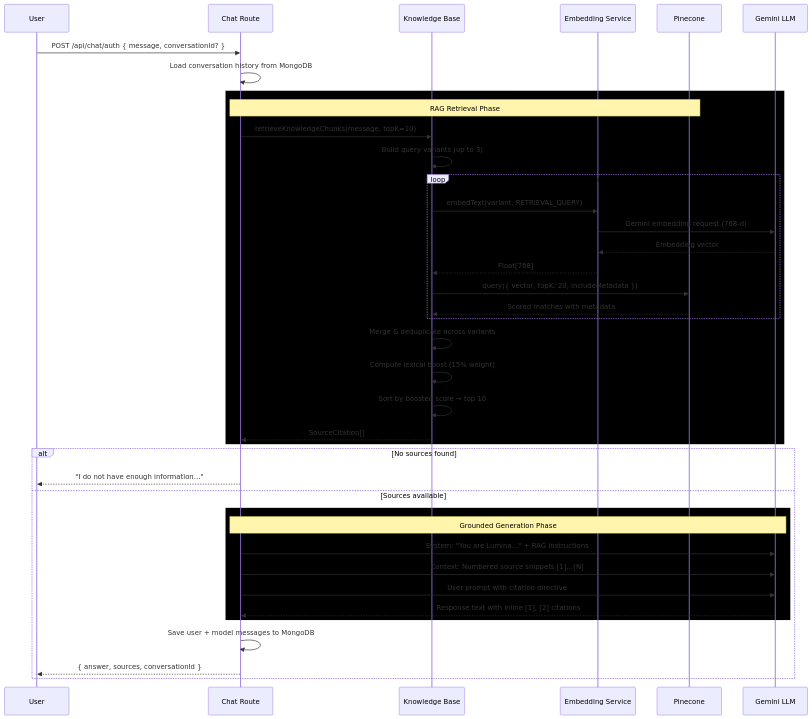
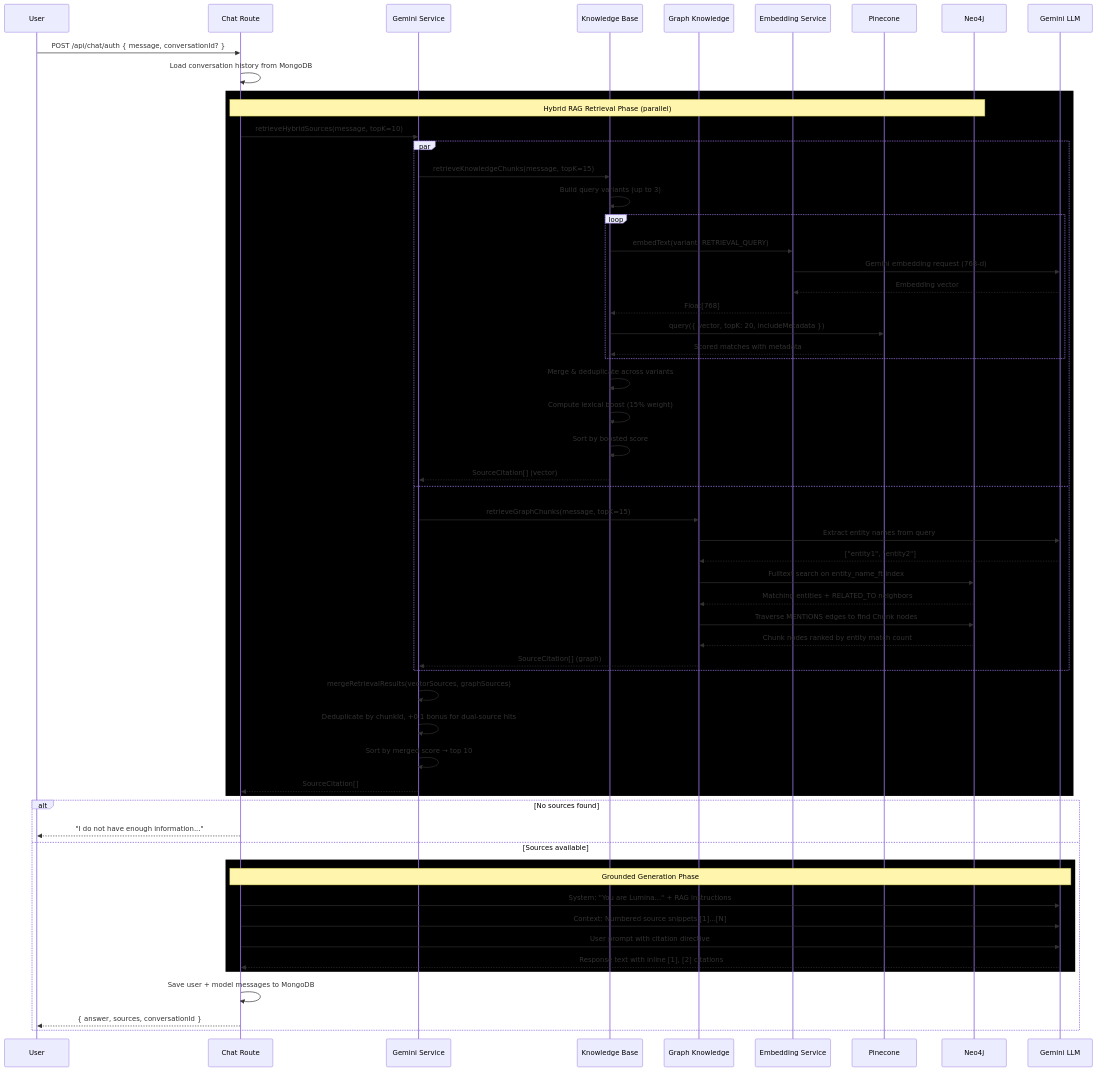
One commit to hoangsonww/AI-RAG-Assistant-Chatbot changed the second of 11 diagrams in RAG.md. Above: the diagram before and after it, drawn with Mermaid. The commit also changed other lines of this file and 32 other files, not shown here.

First line of the commit message:
feat(rag): add hybrid Pinecone+Neo4j retrieval, graph ingestion, and CLI graph management

````diff
--- a/RAG.md
+++ b/RAG.md
@@ -61,44 +75,65 @@
 ```mermaid
 sequenceDiagram
   participant U as User
   participant C as Chat Route
+  participant G as Gemini Service
   participant K as Knowledge Base
+  participant Gr as Graph Knowledge
   participant E as Embedding Service
   participant P as Pinecone
-  participant G as Gemini LLM
+  participant N as Neo4j
+  participant LLM as Gemini LLM
 
   U->>C: POST /api/chat/auth { message, conversationId? }
   C->>C: Load conversation history from MongoDB
 
   rect rgb(0, 0, 0)
-    note over C,P: RAG Retrieval Phase
-    C->>K: retrieveKnowledgeChunks(message, topK=10)
-    K->>K: Build query variants (up to 3)
-    loop Each variant
-      K->>E: embedText(variant, RETRIEVAL_QUERY)
-      E->>G: Gemini embedding request (768-d)
-      G-->>E: Embedding vector
-      E-->>K: Float[768]
-      K->>P: query({ vector, topK: 20, includeMetadata })
-      P-->>K: Scored matches with metadata
+    note over C,N: Hybrid RAG Retrieval Phase (parallel)
+    C->>G: retrieveHybridSources(message, topK=10)
+
+    par Vector Path
+      G->>K: retrieveKnowledgeChunks(message, topK=15)
+      K->>K: Build query variants (up to 3)
+      loop Each variant
+        K->>E: embedText(variant, RETRIEVAL_QUERY)
+        E->>LLM: Gemini embedding request (768-d)
+        LLM-->>E: Embedding vector
+        E-->>K: Float[768]
+        K->>P: query({ vector, topK: 20, includeMetadata })
+        P-->>K: Scored matches with metadata
+      end
+      K->>K: Merge & deduplicate across variants
+      K->>K: Compute lexical boost (15% weight)
+      K->>K: Sort by boosted score
+      K-->>G: SourceCitation[] (vector)
+    and Graph Path
+      G->>Gr: retrieveGraphChunks(message, topK=15)
+      Gr->>LLM: Extract entity names from query
+      LLM-->>Gr: ["entity1", "entity2"]
+      Gr->>N: Fulltext search on entity_name_ft index
+      N-->>Gr: Matching entities + RELATED_TO neighbors
+      Gr->>N: Traverse MENTIONS edges to find Chunk nodes
+      N-->>Gr: Chunk nodes ranked by entity match count
+      Gr-->>G: SourceCitation[] (graph)
     end
-    K->>K: Merge & deduplicate across variants
-    K->>K: Compute lexical boost (15% weight)
-    K->>K: Sort by boosted score → top 10
-    K-->>C: SourceCitation[]
+
+    G->>G: mergeRetrievalResults(vectorSources, graphSources)
+    G->>G: Deduplicate by chunkId, +0.1 bonus for dual-source hits
+    G->>G: Sort by merged score → top 10
+    G-->>C: SourceCitation[]
   end
 
   alt No sources found
-    C-->>U: "I do not have enough information…"
+    C-->>U: "I do not have enough information..."
   else Sources available
     rect rgb(0, 0, 0)
-      note over C,G: Grounded Generation Phase
-      C->>G: System: "You are Lumina…" + RAG instructions
-      C->>G: Context: Numbered source snippets [1]…[N]
-      C->>G: User prompt with citation directive
-      G-->>C: Response text with inline [1], [2] citations
+      note over C,LLM: Grounded Generation Phase
+      C->>LLM: System: "You are Lumina..." + RAG instructions
+      C->>LLM: Context: Numbered source snippets [1]...[N]
+      C->>LLM: User prompt with citation directive
+      LLM-->>C: Response text with inline [1], [2] citations
     end
     C->>C: Save user + model messages to MongoDB
     C-->>U: { answer, sources, conversationId }
   end
 ```
````
